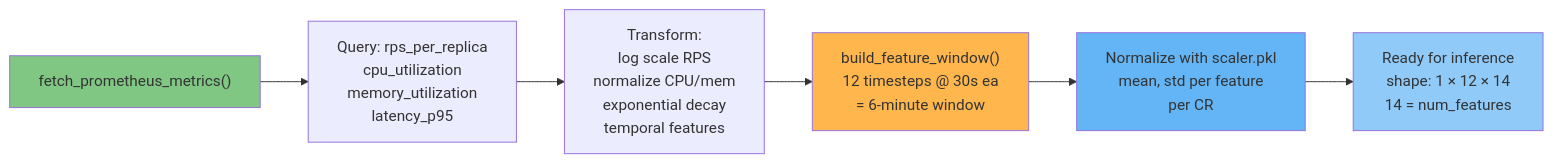
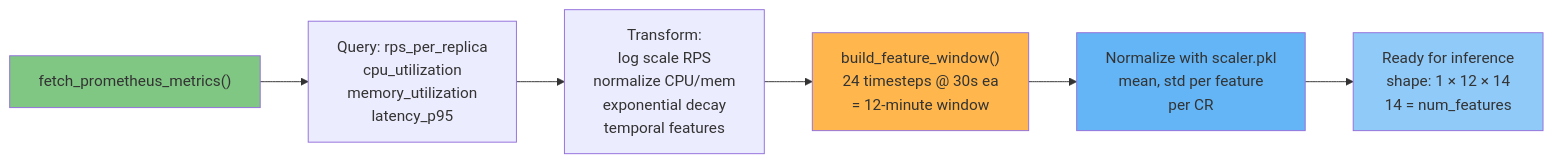
Before and after one commit to VatsalUmrania/predictive_pod_autoscaler: the third of 9 diagrams in docs/operator/architecture.md, drawn with Mermaid. The commit also changed other lines of this file and 26 other files, not shown here.

````diff
--- a/docs/operator/architecture.md
+++ b/docs/operator/architecture.md
@@ -159,13 +159,13 @@
 ```mermaid
 graph LR
     A["fetch_prometheus_metrics()"] --> B["Query: rps_per_replica<br/>cpu_utilization<br/>memory_utilization<br/>latency_p95"]
     B --> C["Transform:<br/>log scale RPS<br/>normalize CPU/mem<br/>exponential decay<br/>temporal features"]
-    C --> D["build_feature_window()<br/>12 timesteps @ 30s ea<br/>= 6-minute window"]
+    C --> D["build_feature_window()<br/>24 timesteps @ 30s ea<br/>= 12-minute window"]
     D --> E["Normalize with scaler.pkl<br/>mean, std per feature<br/>per CR"]
     E --> F["Ready for inference<br/>shape: 1 × 12 × 14<br/>14 = num_features"]
     
     style A fill:#81c784
     style D fill:#ffb74d
     style E fill:#64b5f6
     style F fill:#90caf9
 ```
````
